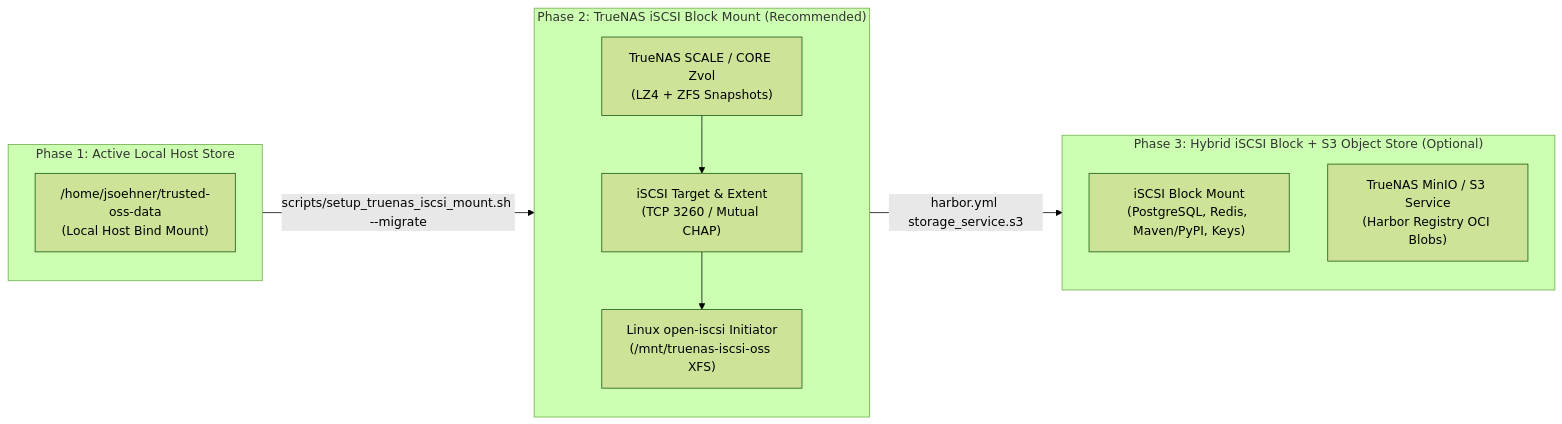
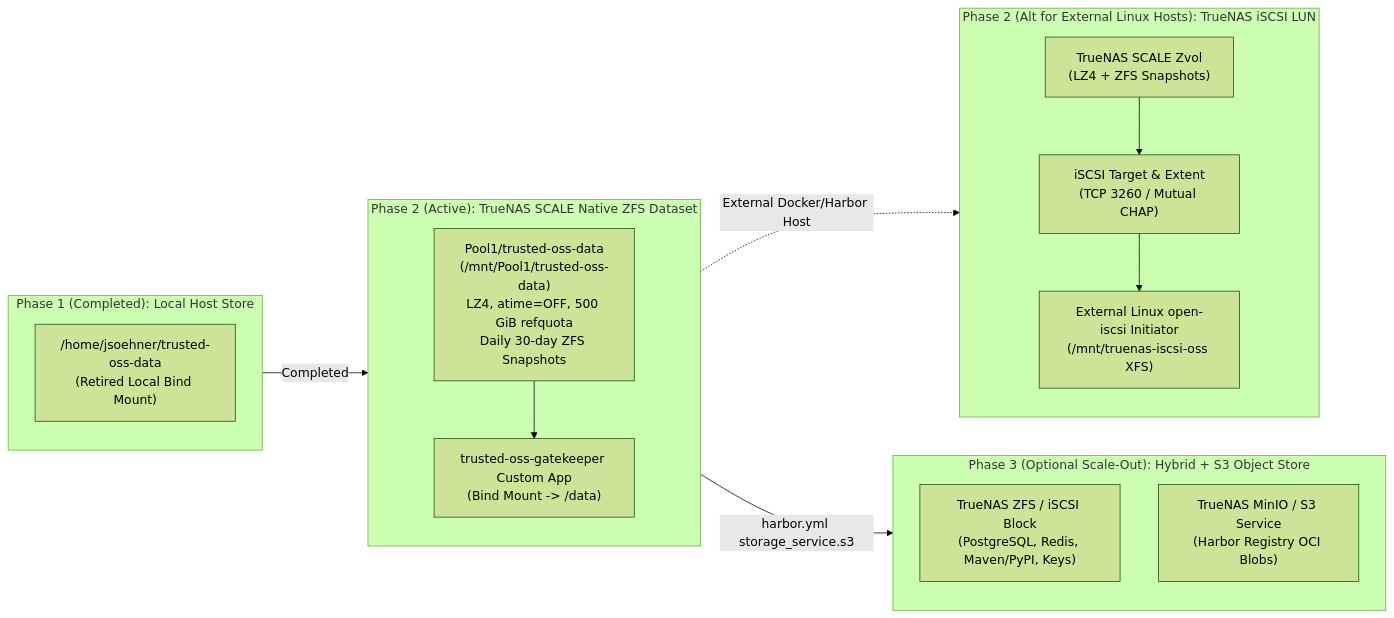
Before and after one commit to jsoehner/trusted-oss-harbor: the diagram in docs/roadmap/truenas-iscsi-storage-roadmap.md, drawn with Mermaid (forest theme). The commit also changed other lines of this file and 2 other files, not shown here.

Commit message:
docs(storage): document completed TrueNAS SCALE native ZFS storage migration

````diff
--- a/docs/roadmap/truenas-iscsi-storage-roadmap.md
+++ b/docs/roadmap/truenas-iscsi-storage-roadmap.md
@@ -14,21 +14,28 @@
 ```mermaid
 flowchart LR
-    subgraph Phase1["Phase 1: Active Local Host Store"]
-        HomeDir["/home/jsoehner/trusted-oss-data<br/>(Local Host Bind Mount)"]
+    subgraph Phase1["Phase 1 (Completed): Local Host Store"]
+        HomeDir["/home/jsoehner/trusted-oss-data<br/>(Retired Local Bind Mount)"]
     end
 
-    subgraph Phase2["Phase 2: TrueNAS iSCSI Block Mount (Recommended)"]
-        TrueNASZvol["TrueNAS SCALE / CORE Zvol<br/>(LZ4 + ZFS Snapshots)"]
+    subgraph Phase2A["Phase 2 (Active): TrueNAS SCALE Native ZFS Dataset"]
+        TrueNASDataset["Pool1/trusted-oss-data<br/>(/mnt/Pool1/trusted-oss-data)<br/>LZ4, atime=OFF, 500 GiB refquota<br/>Daily 30-day ZFS Snapshots"]
+        TrueNASApp["trusted-oss-gatekeeper Custom App<br/>(Bind Mount -> /data)"]
+        TrueNASDataset --> TrueNASApp
+    end
+
+    subgraph Phase2B["Phase 2 (Alt for External Linux Hosts): TrueNAS iSCSI LUN"]
+        TrueNASZvol["TrueNAS SCALE Zvol<br/>(LZ4 + ZFS Snapshots)"]
         iSCSILUN["iSCSI Target & Extent<br/>(TCP 3260 / Mutual CHAP)"]
-        LinuxInitiator["Linux open-iscsi Initiator<br/>(/mnt/truenas-iscsi-oss XFS)"]
+        LinuxInitiator["External Linux open-iscsi Initiator<br/>(/mnt/truenas-iscsi-oss XFS)"]
         TrueNASZvol --> iSCSILUN --> LinuxInitiator
     end
 
-    subgraph Phase3["Phase 3: Hybrid iSCSI Block + S3 Object Store (Optional)"]
-        BlockTier["iSCSI Block Mount<br/>(PostgreSQL, Redis, Maven/PyPI, Keys)"]
+    subgraph Phase3["Phase 3 (Optional Scale-Out): Hybrid + S3 Object Store"]
+        BlockTier["TrueNAS ZFS / iSCSI Block<br/>(PostgreSQL, Redis, Maven/PyPI, Keys)"]
         ObjectTier["TrueNAS MinIO / S3 Service<br/>(Harbor Registry OCI Blobs)"]
     end
 
-    Phase1 -->|"scripts/setup_truenas_iscsi_mount.sh --migrate"| Phase2
-    Phase2 -->|"harbor.yml storage_service.s3"| Phase3
+    Phase1 -->|"Completed"| Phase2A
+    Phase2A -.->|"External Docker/Harbor Host"| Phase2B
+    Phase2A -->|"harbor.yml storage_service.s3"| Phase3
 ```
````
